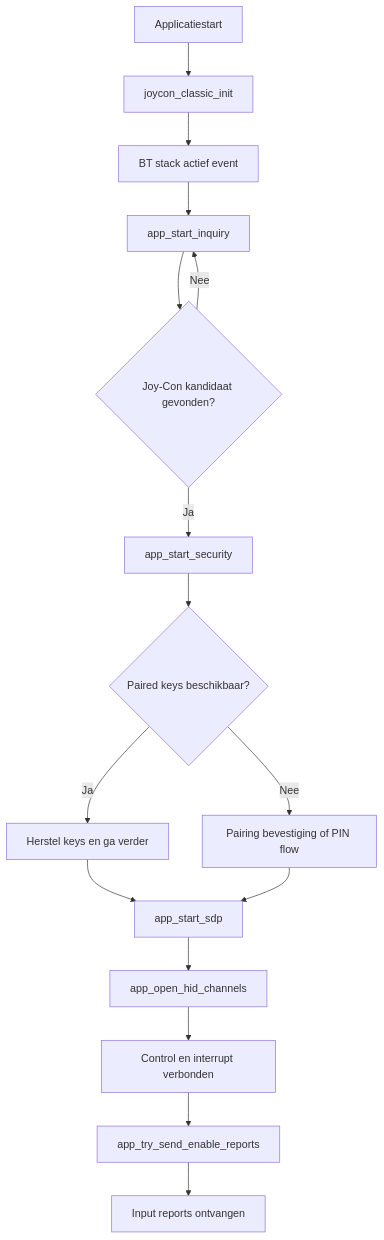
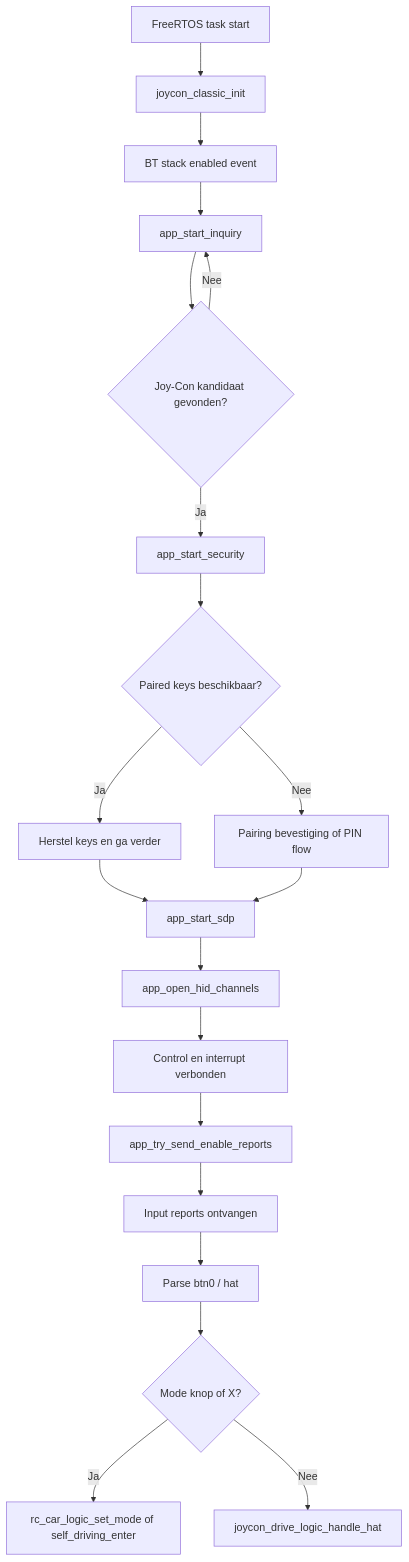
One commit to Anish-Pun/2EAI-PEN-2526-AGV changed the diagram in docs/nl/Bluetooth_explained_nl.md. Above: the diagram before and after it, drawn with Mermaid. The commit also changed other lines of this file and 3 other files, not shown here.

````diff
--- a/docs/nl/Bluetooth_explained_nl.md
+++ b/docs/nl/Bluetooth_explained_nl.md
@@ -37,18 +56,22 @@
 ```mermaid
 flowchart TD
-    A[Applicatiestart] --> B[joycon_classic_init]
-    B --> C[BT stack actief event]
+    A[FreeRTOS task start] --> B[joycon_classic_init]
+    B --> C[BT stack enabled event]
     C --> D[app_start_inquiry]
     D --> E{Joy-Con kandidaat gevonden?}
     E -- Nee --> D
     E -- Ja --> F[app_start_security]
     F --> G{Paired keys beschikbaar?}
     G -- Ja --> H[Herstel keys en ga verder]
     G -- Nee --> I[Pairing bevestiging of PIN flow]
     H --> J[app_start_sdp]
-    I --> J[app_start_sdp]
+    I --> J
     J --> K[app_open_hid_channels]
     K --> L[Control en interrupt verbonden]
     L --> M[app_try_send_enable_reports]
     M --> N[Input reports ontvangen]
+    N --> O[Parse btn0 / hat]
+    O --> P{Mode knop of X?}
+    P -- Ja --> Q[rc_car_logic_set_mode of self_driving_enter]
+    P -- Nee --> R[joycon_drive_logic_handle_hat]
 ```
````
